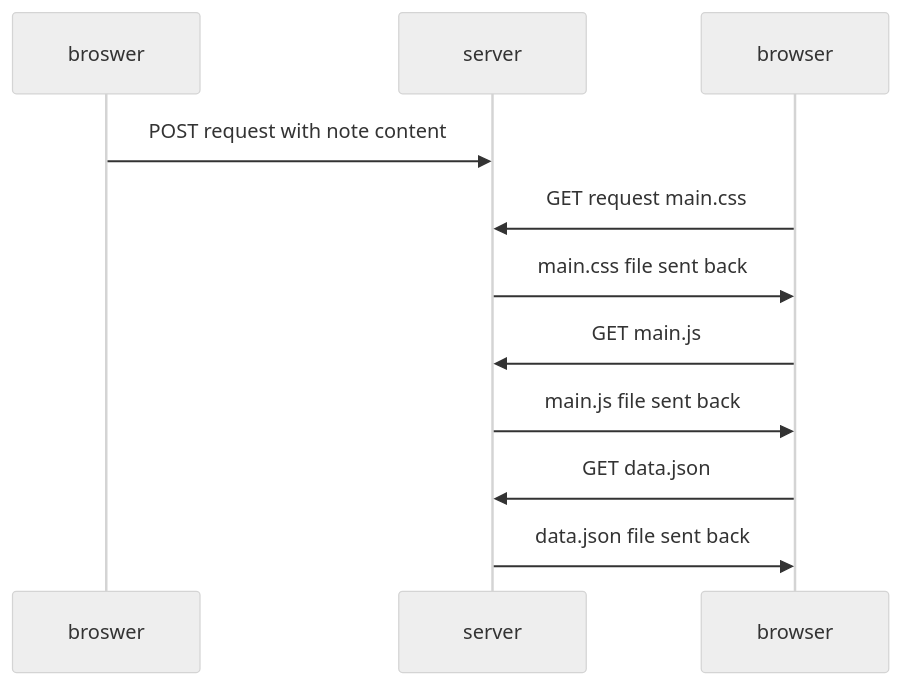
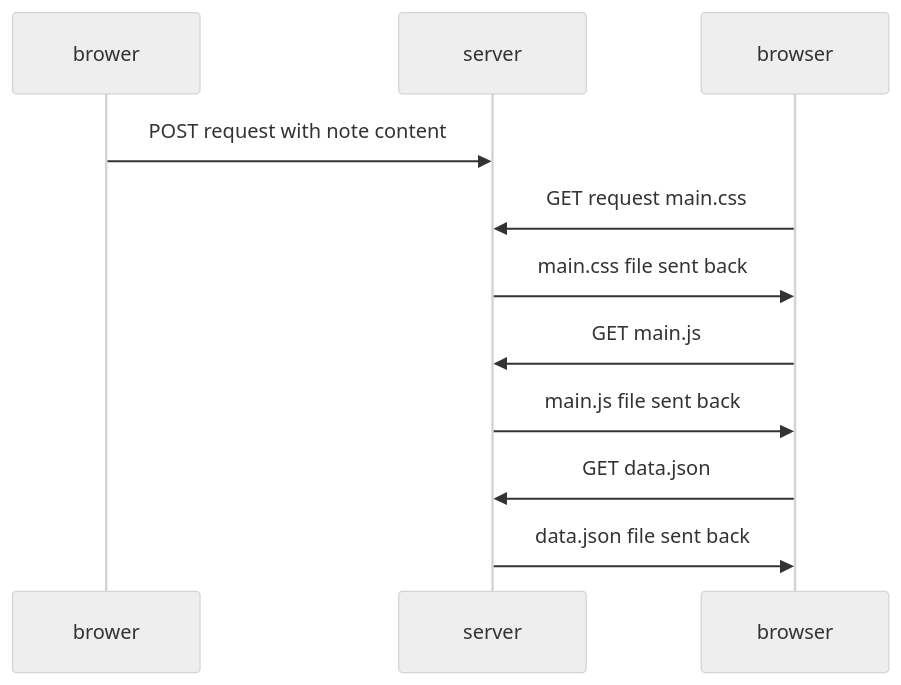
The diagram in part0/exercise04.md (NeggFriedRice/fullstackopen), drawn with Mermaid (neutral theme) before and after one commit.

Commit message:
Fix browser typo

````diff
--- a/part0/exercise04.md
+++ b/part0/exercise04.md
@@ -1,10 +1,10 @@
 ```mermaid
     sequenceDiagram
-       broswer->>server: POST request with note content;
+       brower->>server: POST request with note content;
        browser->>server: GET request main.css;
        server->>browser: main.css file sent back;
        browser->>server: GET main.js;
        server->>browser: main.js file sent back;
        browser->>server: GET data.json;
        server->>browser: data.json file sent back;
 ```
````
